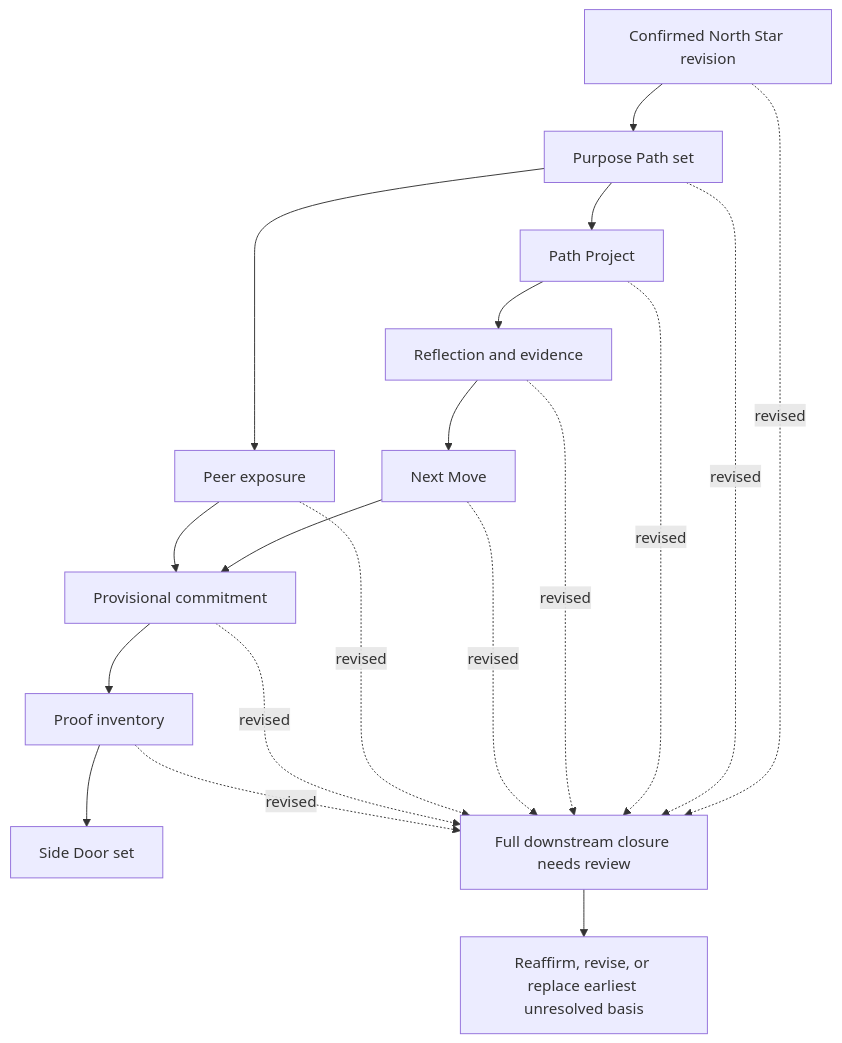
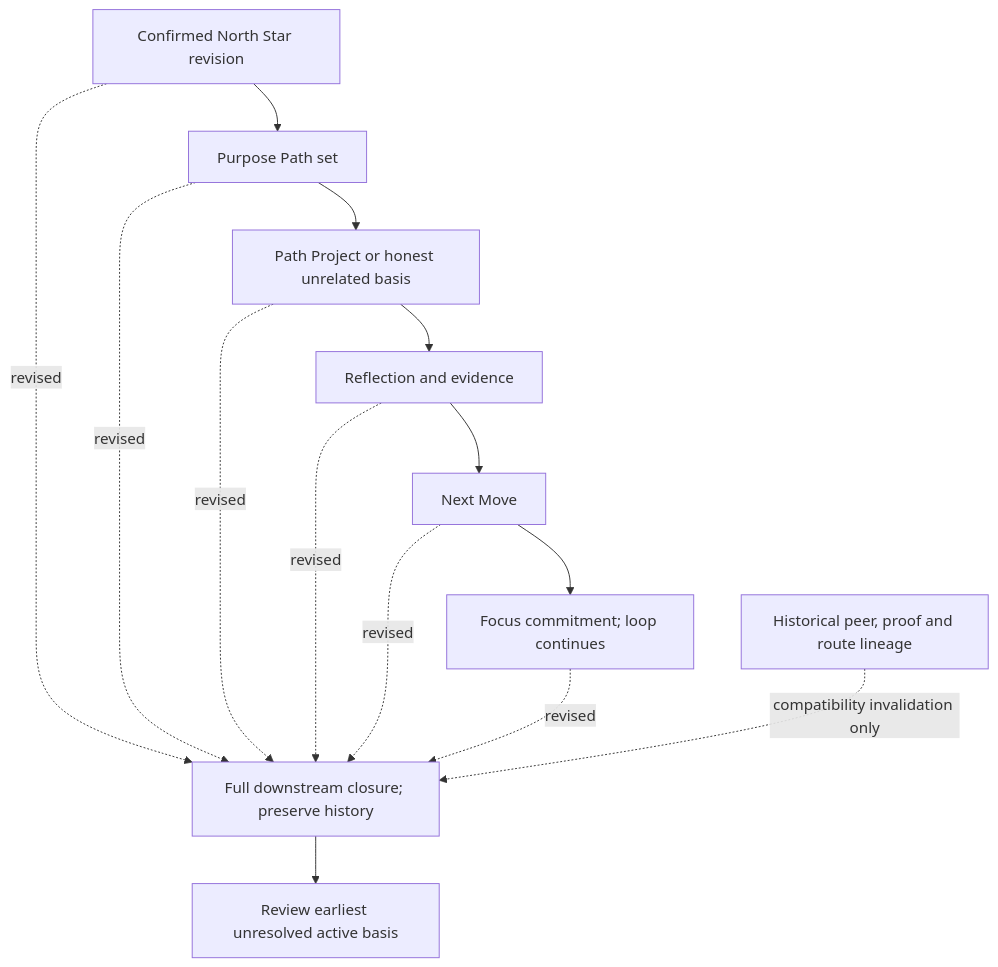
The fifth of 5 diagrams in docs/plans/2026-08-29-1133-feat-revelio-method-plan.md (andres-monge/ikigai), drawn with Mermaid before and after one commit. The commit also changed other lines of this file and 7 other files, not shown here.

````diff
--- a/docs/plans/2026-08-29-1133-feat-revelio-method-plan.md
+++ b/docs/plans/2026-08-29-1133-feat-revelio-method-plan.md
@@ -396,21 +385,16 @@
 ```mermaid
 flowchart TB
   NorthStar[Confirmed North Star revision] --> PathSet[Purpose Path set]
-  PathSet --> Project[Path Project]
+  PathSet --> Project[Path Project or honest unrelated basis]
   Project --> Learning[Reflection and evidence]
   Learning --> Move[Next Move]
-  PathSet --> Peer[Peer exposure]
-  Move --> Commit[Provisional commitment]
-  Peer --> Commit
-  Commit --> Proof[Proof inventory]
-  Proof --> DoorSet[Side Door set]
-  NorthStar -. revised .-> Review[Full downstream closure needs review]
+  Move --> Commit[Focus commitment; loop continues]
+  NorthStar -. revised .-> Review[Full downstream closure; preserve history]
   PathSet -. revised .-> Review
   Project -. revised .-> Review
   Learning -. revised .-> Review
   Move -. revised .-> Review
-  Peer -. revised .-> Review
   Commit -. revised .-> Review
-  Proof -. revised .-> Review
-  Review --> Resolve[Reaffirm, revise, or replace earliest unresolved basis]
+  Legacy[Historical peer, proof and route lineage] -. compatibility invalidation only .-> Review
+  Review --> Resolve[Review earliest unresolved active basis]
 ```
````
